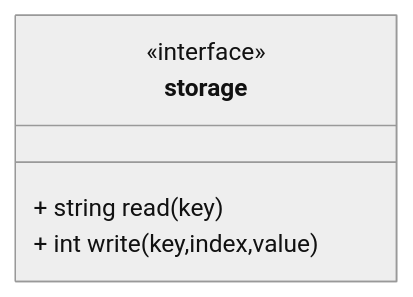
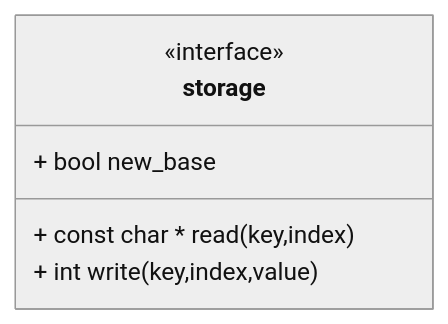
One commit to Uiowa-Applied-Topology/tanglenomicon_core_libraries changed the diagram in docs/design/Storage/Interface.md. Above: the diagram before and after it, drawn with Mermaid (neutral theme). The commit also changed 6 other files, not shown here.

````diff
--- a/docs/design/Storage/Interface.md
+++ b/docs/design/Storage/Interface.md
@@ -3,8 +3,9 @@
 ```mermaid
 classDiagram
 class storage{
 <<interface>>
-+ string read(key)
++ bool new_base 
++ const char *  read(key,index)
 + int write(key,index,value)
 }
 ```
````
